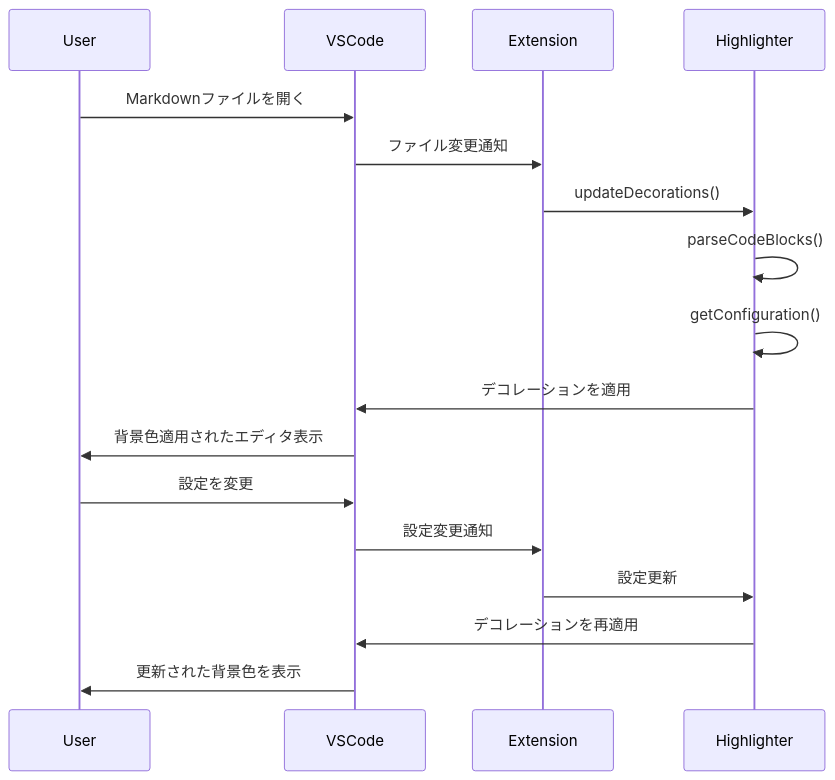
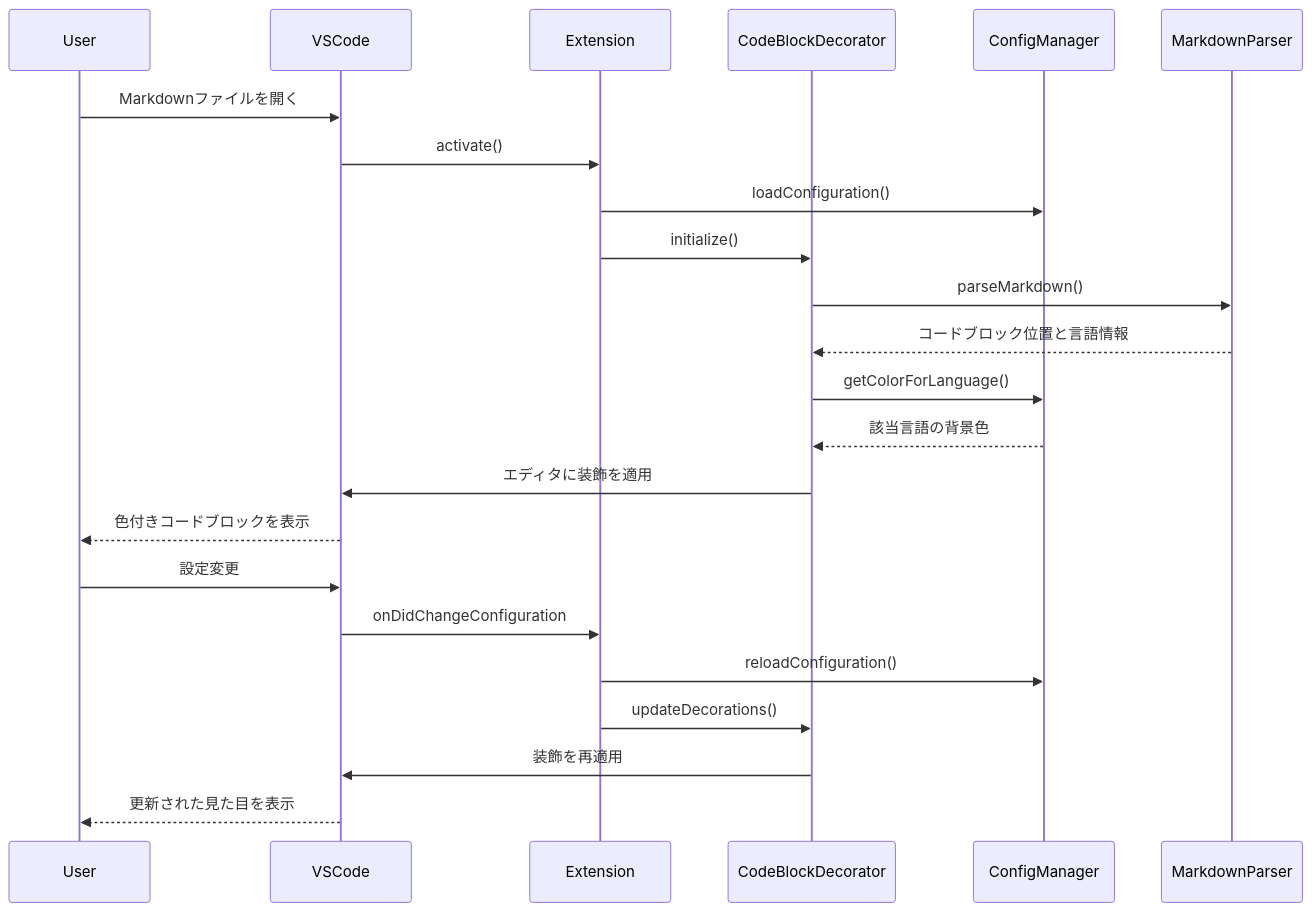
The second of 3 diagrams in docs/issues/issue-1081/1081-requirement.md (shuhei1101/codeblock-highlight), drawn with Mermaid before and after one commit. The commit also changed other lines of this file and 14 other files, not shown here.

````diff
--- a/docs/issues/issue-1081/1081-requirement.md
+++ b/docs/issues/issue-1081/1081-requirement.md
@@ -145,21 +81,27 @@
 ```mermaid
 sequenceDiagram
   participant User
-  participant VSCode
-  participant Extension
-  participant Highlighter
+  participant VS as VSCode
+  participant Ext as Extension
+  participant Dec as CodeBlockDecorator
+  participant Config as ConfigManager
+  participant Parser as MarkdownParser
   
-  User->>VSCode: Markdownファイルを開く
-  VSCode->>Extension: ファイル変更通知
-  Extension->>Highlighter: updateDecorations()
-  Highlighter->>Highlighter: parseCodeBlocks()
-  Highlighter->>Highlighter: getConfiguration()
-  Highlighter->>VSCode: デコレーションを適用
-  VSCode->>User: 背景色適用されたエディタ表示
+  User->>VS: Markdownファイルを開く
+  VS->>Ext: activate()
+  Ext->>Config: loadConfiguration()
+  Ext->>Dec: initialize()
+  Dec->>Parser: parseMarkdown()
+  Parser-->>Dec: コードブロック位置と言語情報
+  Dec->>Config: getColorForLanguage()
+  Config-->>Dec: 該当言語の背景色
+  Dec->>VS: エディタに装飾を適用
+  VS-->>User: 色付きコードブロックを表示
   
-  User->>VSCode: 設定を変更
-  VSCode->>Extension: 設定変更通知
-  Extension->>Highlighter: 設定更新
-  Highlighter->>VSCode: デコレーションを再適用
-  VSCode->>User: 更新された背景色を表示
+  User->>VS: 設定変更
+  VS->>Ext: onDidChangeConfiguration
+  Ext->>Config: reloadConfiguration()
+  Ext->>Dec: updateDecorations()
+  Dec->>VS: 装飾を再適用
+  VS-->>User: 更新された見た目を表示
 ```
````
